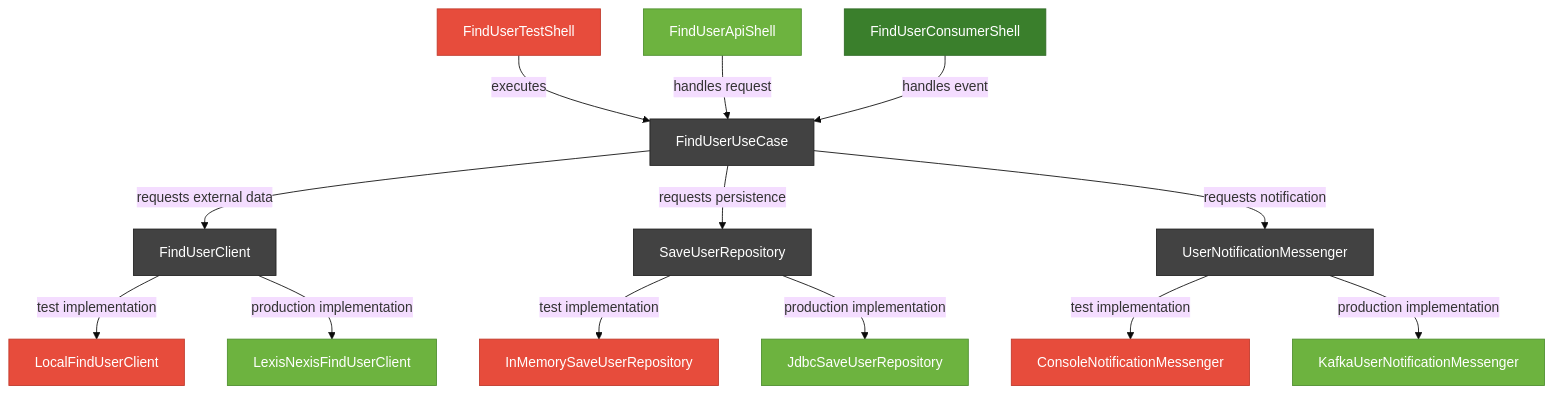
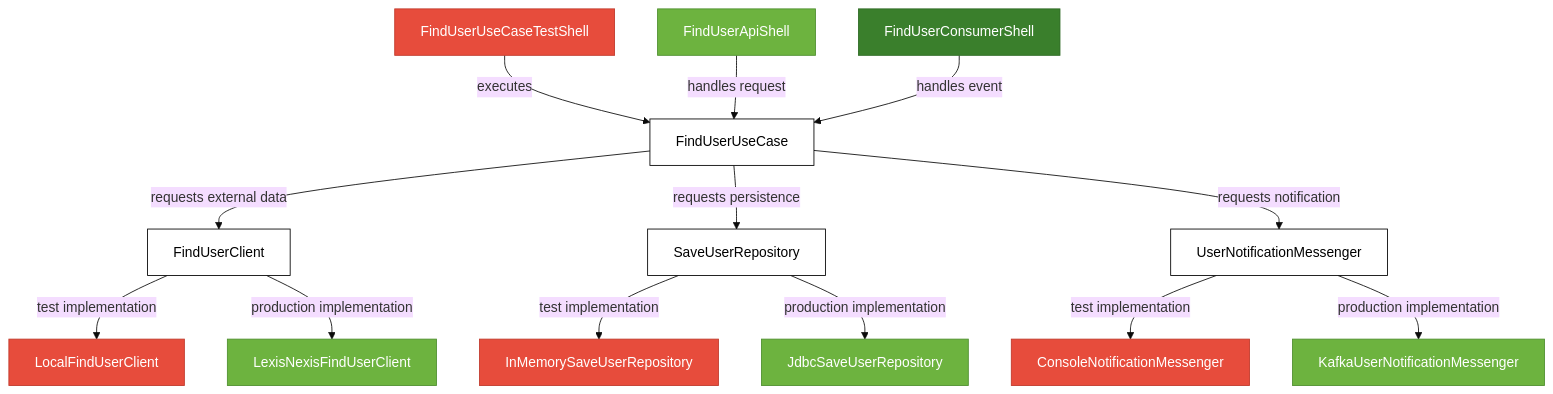
The diagram in README.md (hermi-projects/hermi), drawn with Mermaid (base theme) before and after one commit.

Commit message:
docs: update architecture diagram labels and styling in README.md

````diff
--- a/README.md
+++ b/README.md
@@ -559,38 +559,40 @@
 ```mermaid
 graph TD
-    %% Phase 1: Test Shell + Test Implementations
-    A[FindUserTestShell] -->|executes| U[FindUserUseCase]
+    %% Test Shell
+    A[FindUserUseCaseTestShell] -->|executes| U[FindUserUseCase]
 
-    %% Phase 2: API Shell
+    %% API Shell
     B[FindUserApiShell] -->|handles request| U
 
-    %% Phase 3: Consumer Shell (Spring Kafka)
+    %% Consumer Shell
     C[FindUserConsumerShell] -->|handles event| U
 
     %% Use Case -> Contracts
     U -->|requests external data| D[FindUserClient]
     U -->|requests persistence| E[SaveUserRepository]
     U -->|requests notification| F[UserNotificationMessenger]
 
-    %% Phase 1 Implementations
+    %% Test Implementations
     D -->|test implementation| G[LocalFindUserClient]
     E -->|test implementation| H[InMemorySaveUserRepository]
     F -->|test implementation| I[ConsoleNotificationMessenger]
 
-    %% Phase 2 Implementations
+    %% Production Implementations
     D -->|production implementation| J[LexisNexisFindUserClient]
     E -->|production implementation| K[JdbcSaveUserRepository]
     F -->|production implementation| L[KafkaUserNotificationMessenger]
 
-    %% Classes (using logo colors)
+    %% Classes (logo colors)
     classDef test fill:#E74C3C,color:#ffffff,stroke:#C0392B,stroke-width:1px
     classDef api fill:#6DB33F,color:#ffffff,stroke:#4E8F2F,stroke-width:1px
     classDef consumer fill:#3A7F2C,color:#ffffff,stroke:#2E6A24,stroke-width:1px
-    classDef neutral fill:#424242,color:#ffffff,stroke:#212121,stroke-width:1px
+
+    %% Core: white background + black text
+    classDef core fill:#FFFFFF,color:#000000,stroke:#000000,stroke-width:1px
 
     %% Assign classes
     class A,G,H,I test
     class B,J,K,L api
     class C consumer
-    class U,D,E,F neutral
+    class U,D,E,F core
 ```
````
